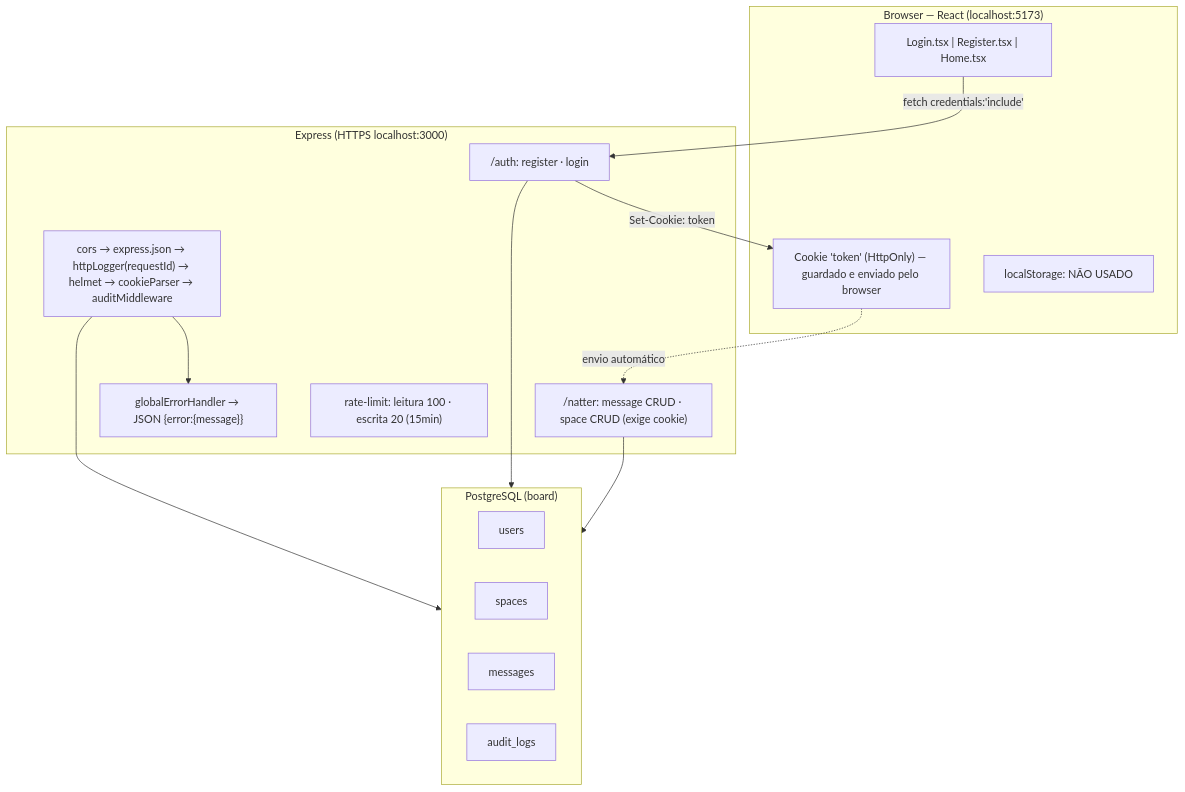
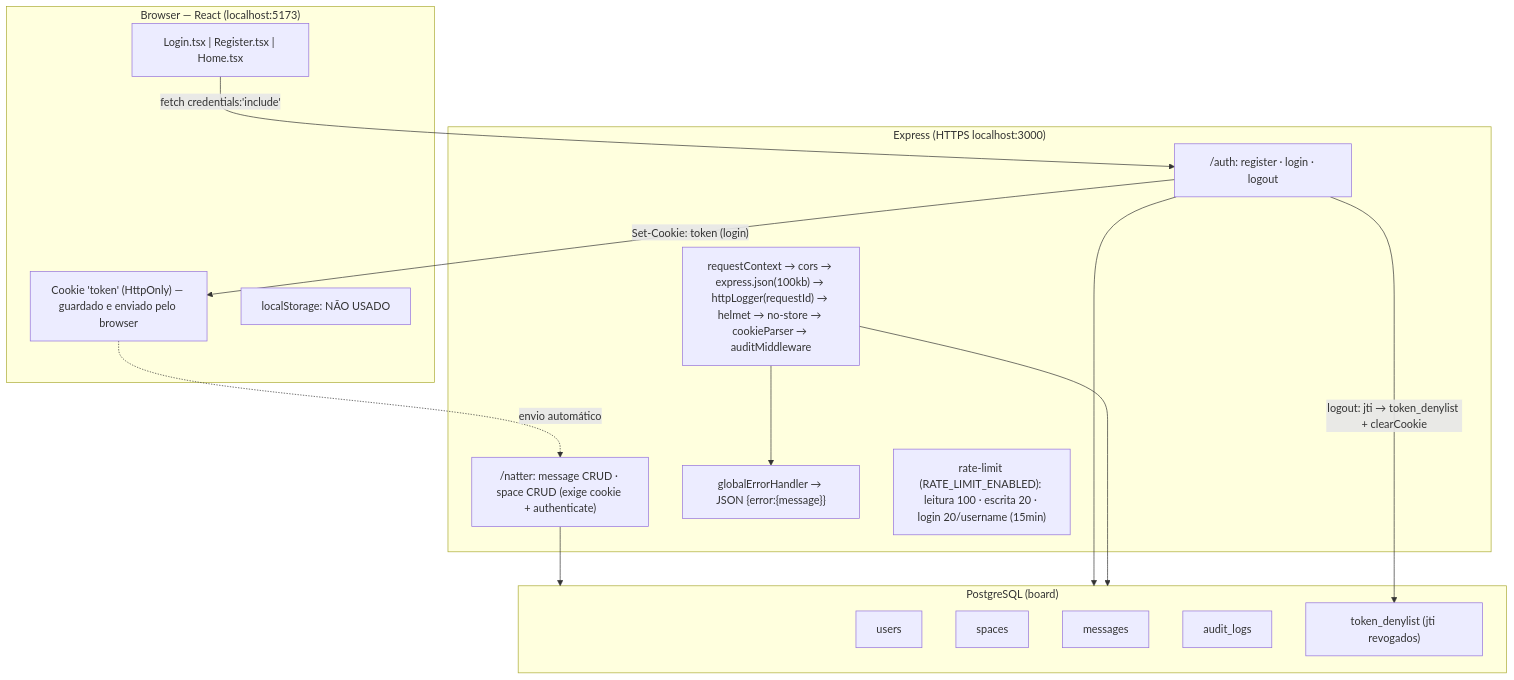
One commit to Jefferson-Tenorio/api-security-in-action-typescript changed the first of 2 diagrams in back/docs/fluxos.md. Above: the diagram before and after it, drawn with Mermaid. The commit also changed other lines of this file and 3 other files, not shown here.

````diff
--- a/back/docs/fluxos.md
+++ b/back/docs/fluxos.md
@@ -5,31 +5,33 @@
 ```mermaid
 flowchart TD
     subgraph Browser["Browser — React (localhost:5173)"]
         UI["Login.tsx | Register.tsx | Home.tsx"]
         CK["Cookie 'token' (HttpOnly) — guardado e enviado pelo browser"]
         LS["localStorage: NÃO USADO"]
     end
 
     subgraph API["Express (HTTPS localhost:3000)"]
-        MID["cors → express.json → httpLogger(requestId) → helmet → cookieParser → auditMiddleware"]
-        AUTH["/auth: register · login"]
-        NAT["/natter: message CRUD · space CRUD (exige cookie)"]
+        MID["requestContext → cors → express.json(100kb) → httpLogger(requestId) → helmet → no-store → cookieParser → auditMiddleware"]
+        AUTH["/auth: register · login · logout"]
+        NAT["/natter: message CRUD · space CRUD (exige cookie + authenticate)"]
         ERR["globalErrorHandler → JSON {error:{message}}"]
-        RL["rate-limit: leitura 100 · escrita 20 (15min)"]
+        RL["rate-limit (RATE_LIMIT_ENABLED): leitura 100 · escrita 20 · login 20/username (15min)"]
     end
 
     subgraph DB["PostgreSQL (board)"]
         T1["users"]
         T2["spaces"]
         T3["messages"]
         T4["audit_logs"]
+        T5["token_denylist (jti revogados)"]
     end
 
     UI -->|"fetch credentials:'include'"| AUTH
-    AUTH -->|"Set-Cookie: token"| CK
+    AUTH -->|"Set-Cookie: token (login)"| CK
+    AUTH -->|"logout: jti → token_denylist + clearCookie"| T5
     CK -.->|"envio automático"| NAT
     MID --> ERR
     NAT --> DB
     AUTH --> DB
     MID --> DB
 ```
````
